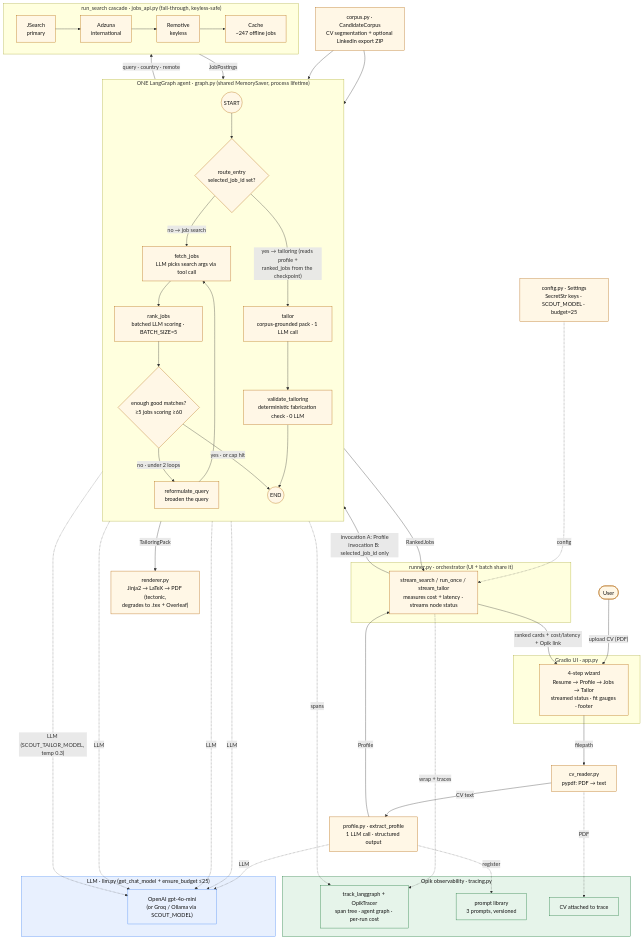
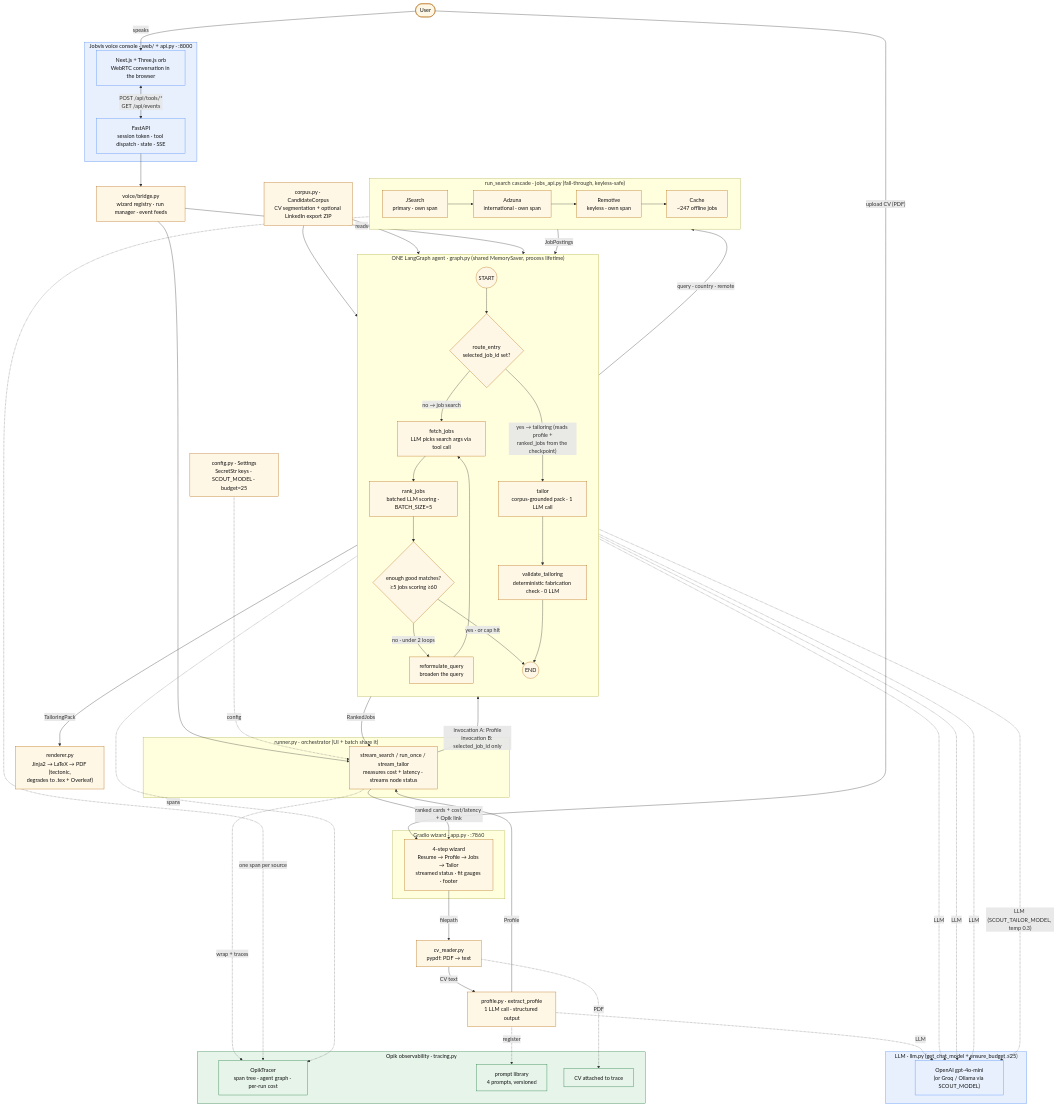
Before and after one commit to Sravanigangul/observable-job-agent: the diagram in docs/architecture.md, drawn with Mermaid. The commit also changed other lines of this file and 5 other files, not shown here.

````diff
--- a/docs/architecture.md
+++ b/docs/architecture.md
@@ -11,10 +11,21 @@
 ```mermaid
 flowchart TB
   U(["User"]) -->|"upload CV (PDF)"| UI
+  U -->|"speaks"| VC
 
-  subgraph UI_L["Gradio UI · app.py"]
+  subgraph UI_L["Gradio wizard · app.py · :7860"]
     UI["4-step wizard<br/>Resume → Profile → Jobs → Tailor<br/>streamed status · fit gauges · footer"]
   end
+
+  subgraph VOICE["Jobvis voice console · web/ + api.py · :8000"]
+    VC["Next.js + Three.js orb<br/>WebRTC conversation in the browser"]
+    API["FastAPI<br/>session token · tool dispatch · state · SSE"]
+    VC <-->|"POST /api/tools/*<br/>GET /api/events"| API
+  end
+
+  API --> BR["voice/bridge.py<br/>wizard registry · run manager · event feeds"]
+  BR --> RUN
+  BR -->|"reads"| G
 
   UI -->|"filepath"| CVR["cv_reader.py<br/>pypdf: PDF → text"]
   CVR -->|"CV text"| EP["profile.py · extract_profile<br/>1 LLM call · structured output"]
@@ -47,7 +58,7 @@
   FJ -->|"query · country · remote"| SRCH
   subgraph SRCH["run_search cascade · jobs_api.py (fall-through, keyless-safe)"]
     direction LR
-    JS["JSearch<br/>primary"] --> AZ["Adzuna<br/>international"] --> RM["Remotive<br/>keyless"] --> CA["Cache<br/>~247 offline jobs"]
+    JS["JSearch<br/>primary · own span"] --> AZ["Adzuna<br/>international · own span"] --> RM["Remotive<br/>keyless · own span"] --> CA["Cache<br/>~247 offline jobs"]
   end
   SRCH -->|"JobPostings"| RJ
 
@@ -64,12 +75,13 @@
   TL -. "LLM (SCOUT_TAILOR_MODEL, temp 0.3)" .-> OA
 
   subgraph OBS["Opik observability · tracing.py"]
-    TR["track_langgraph + OpikTracer<br/>span tree · agent graph · per-run cost"]
-    PL["prompt library<br/>3 prompts, versioned"]
+    TR["OpikTracer<br/>span tree · agent graph · per-run cost"]
+    PL["prompt library<br/>4 prompts, versioned"]
     AT["CV attached to trace"]
   end
   RUN -. "wrap + traces" .-> TR
   G -. "spans" .-> TR
+  SRCH -. "one span per source" .-> TR
   EP -. "register" .-> PL
   CVR -. "PDF" .-> AT
 
@@ -81,4 +93,5 @@
   class OA,LLM_L llm;
   class TR,PL,AT,OBS obs;
   class FJ,RJ,RQ,TL,VT node;
+  class VC,API,VOICE llm;
 ```
````
